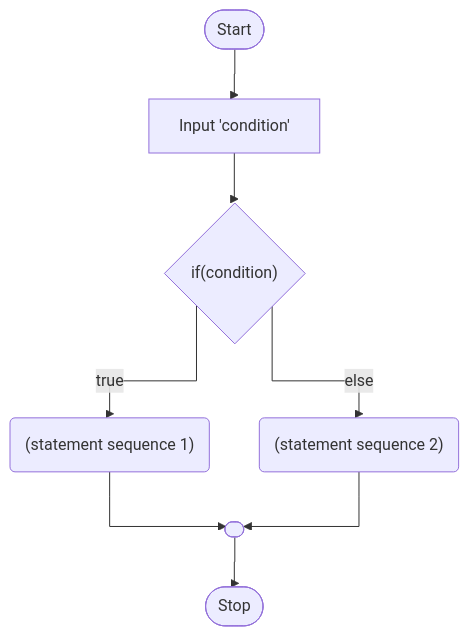
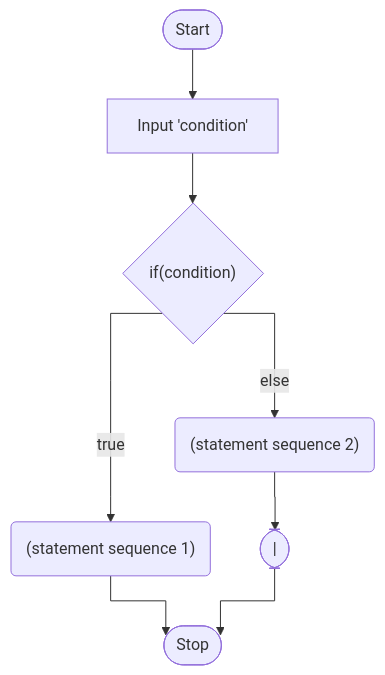
One commit to amydevs/php-assignments changed the first of 6 diagrams in 2binary/README.md. Above: the diagram before and after it, drawn with Mermaid. The commit also changed other lines of this file and 1 other file, not shown here.

Commit message:
getting ready to delete mermaid

````diff
--- a/2binary/README.md
+++ b/2binary/README.md
@@ -7,12 +7,12 @@
 ```mermaid
 
 graph TD
-	
-	join([ ])
-	stop([Stop])
-	start([Start]) --> input["Input 'condition'"] --> A{"if(condition)"} 
-    A --> |true| B("(statement sequence 1)") --> join
-    A --> |else| C("(statement sequence 2)") --> join
+    join(["|"])
+    stop([Stop])
+    start([Start]) --> input["Input 'condition'"] --> A{"if(condition)"} 
+    A --> |true| B("(statement sequence 1)") --> stop
     join --> stop
-    linkStyle default interpolate stepBefore;
+
+        A --> |else| C("(statement sequence 2)") --> join
+    linkStyle default interpolate stepAfter;   
 ```
````
